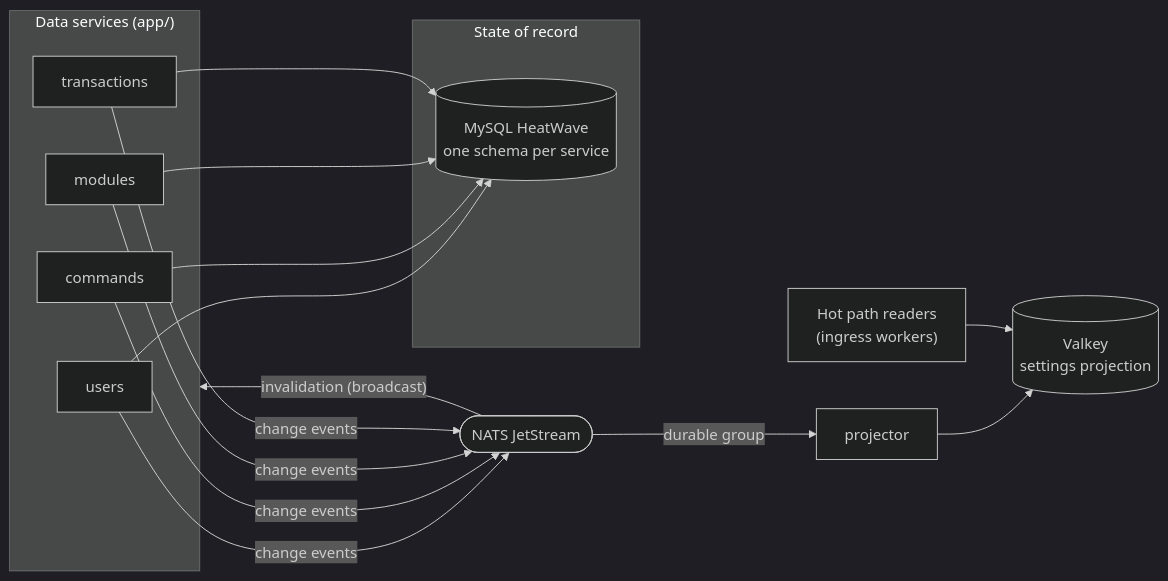
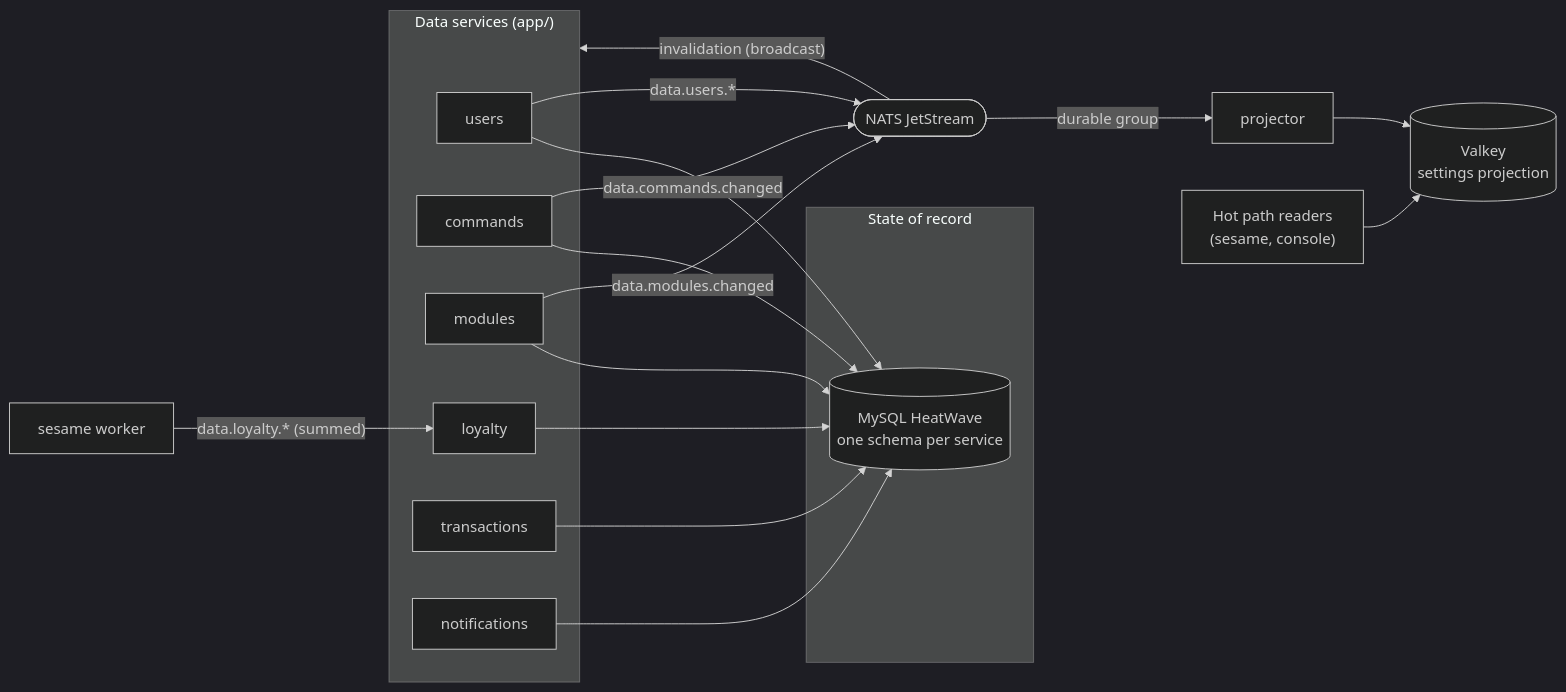
Before and after one commit to AdamOusmer/ItsBagelBot: the diagram in docs/src/content/docs/data-and-state/index.md, drawn with Mermaid (dark theme). The commit also changed other lines of this file and 27 other files, not shown here.

````diff
--- a/docs/src/content/docs/data-and-state/index.md
+++ b/docs/src/content/docs/data-and-state/index.md
@@ -24,33 +24,38 @@
 ```mermaid
 flowchart LR
     subgraph services["Data services (app/)"]
         users["users"]
         commands["commands"]
         modules["modules"]
+        loyalty["loyalty"]
         transactions["transactions"]
+        notifications["notifications"]
     end
 
     subgraph record["State of record"]
         mysql[("MySQL HeatWave<br/>one schema per service")]
     end
 
     nats(["NATS JetStream"])
     projector["projector"]
     valkey[("Valkey<br/>settings projection")]
-    hot["Hot path readers<br/>(ingress workers)"]
+    hot["Hot path readers<br/>(sesame, console)"]
+    sesame["sesame worker"]
 
     users --> mysql
     commands --> mysql
     modules --> mysql
+    loyalty --> mysql
     transactions --> mysql
+    notifications --> mysql
 
-    users -- "change events" --> nats
-    commands -- "change events" --> nats
-    modules -- "change events" --> nats
-    transactions -- "change events" --> nats
+    users -- "data.users.*" --> nats
+    commands -- "data.commands.changed" --> nats
+    modules -- "data.modules.changed" --> nats
+    sesame -- "data.loyalty.* (summed)" --> loyalty
 
     nats -- "invalidation (broadcast)" --> services
     nats -- "durable group" --> projector
     projector --> valkey
     hot --> valkey
 ```
````
